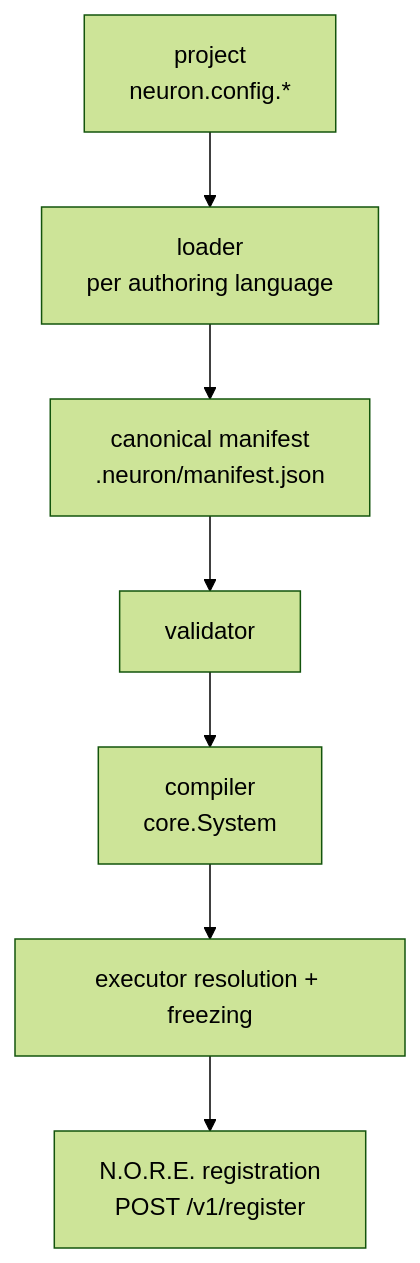
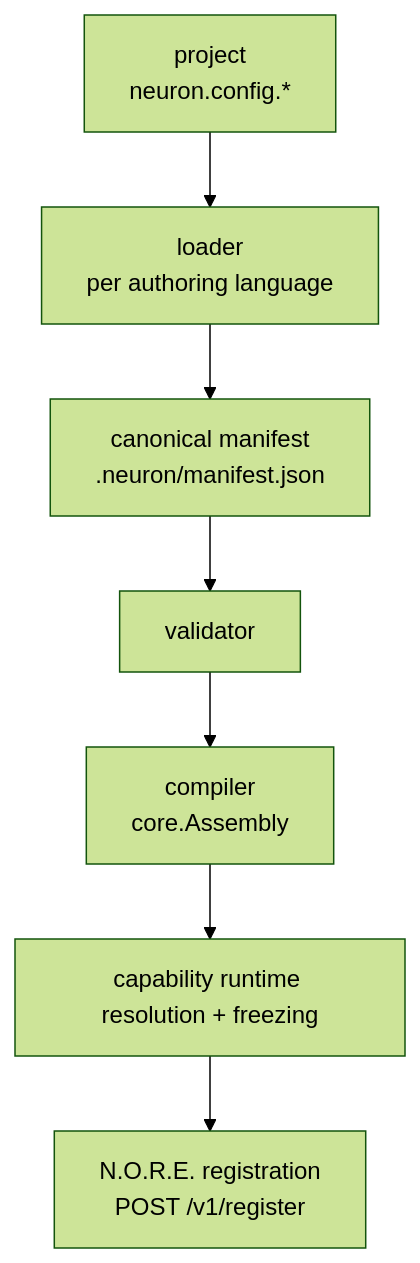
Before and after one commit to neuron-runtime/neuron: the third of 7 diagrams in docs/ARCHITECTURE.md, drawn with Mermaid (forest theme). The commit also changed other lines of this file and 119 other files, not shown here.

````diff
--- a/docs/ARCHITECTURE.md
+++ b/docs/ARCHITECTURE.md
@@ -222,9 +222,9 @@
 ```mermaid
 flowchart TB
     A[project<br/>neuron.config.*] --> B[loader<br/>per authoring language]
     B --> C[canonical manifest<br/>.neuron/manifest.json]
     C --> D[validator]
-    D --> E[compiler<br/>core.System]
-    E --> F[executor resolution + freezing]
+    D --> E[compiler<br/>core.Assembly]
+    E --> F[capability runtime resolution + freezing]
     F --> G[N.O.R.E. registration<br/>POST /v1/register]
 ```
````
